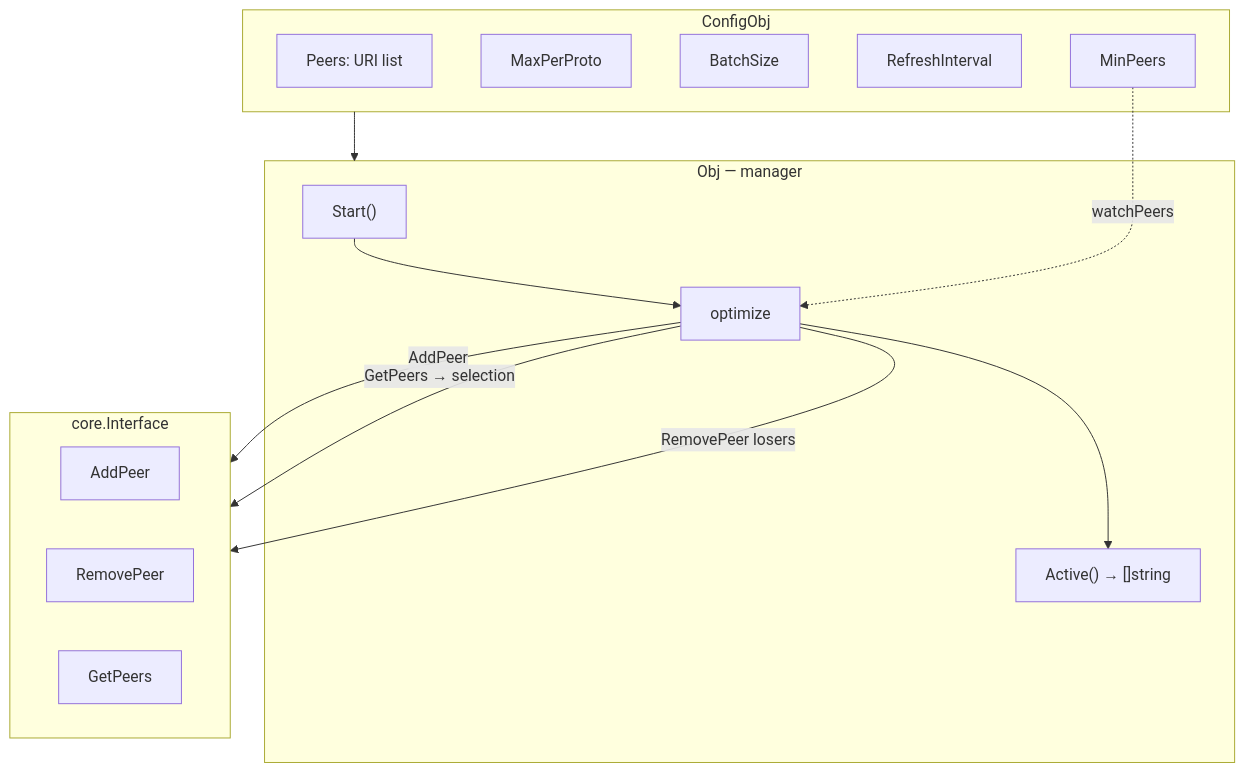
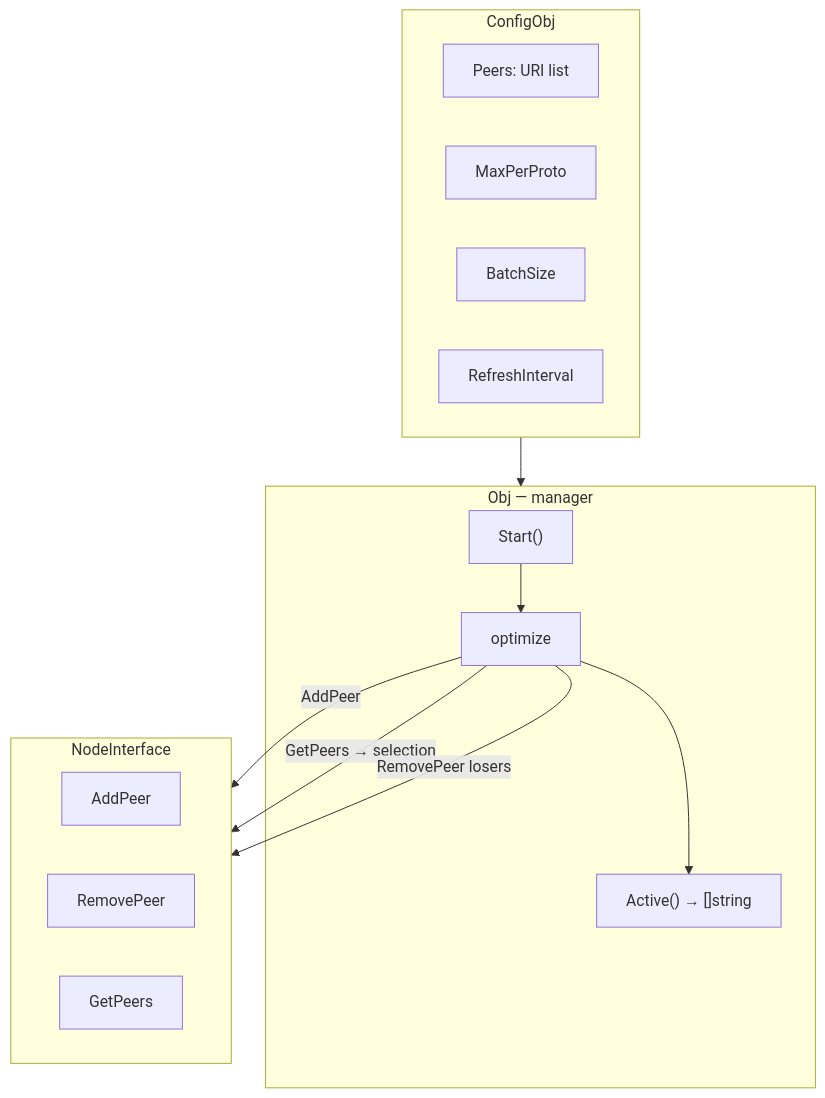
Before and after one commit to voluminor/ratatoskr: the first of 2 diagrams in mod/peermgr/README.md, drawn with Mermaid. The commit also changed other lines of this file and 52 other files, not shown here.

````diff
--- a/mod/peermgr/README.md
+++ b/mod/peermgr/README.md
@@ -22,30 +24,28 @@
 ```mermaid
 flowchart TB
     subgraph Config["ConfigObj"]
         Peers["Peers: URI list"]
         MaxPP["MaxPerProto"]
         Batch["BatchSize"]
         Refresh["RefreshInterval"]
-      MinP["MinPeers"]
     end
 
     subgraph Obj["Obj — manager"]
         Start["Start()"]
         Optimize["optimize"]
         Active["Active() → []string"]
     end
 
-    subgraph Node["core.Interface"]
+    subgraph Node["NodeInterface"]
         Add["AddPeer"]
         Remove["RemovePeer"]
         Get["GetPeers"]
     end
 
     Config --> Obj
     Start --> Optimize
     Optimize -->|" AddPeer "| Node
     Optimize -->|" GetPeers → selection "| Node
     Optimize -->|" RemovePeer losers "| Node
     Optimize --> Active
-  MinP -.->|" watchPeers "| Optimize
 ```
````
